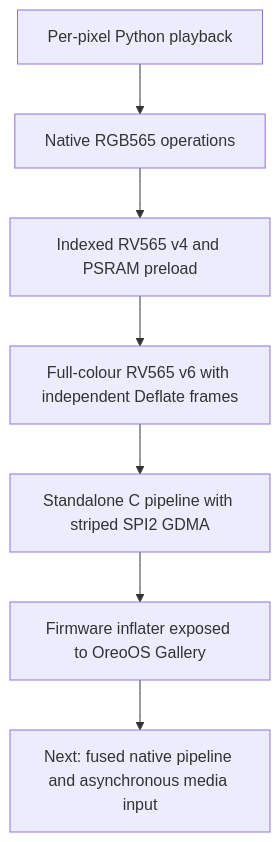
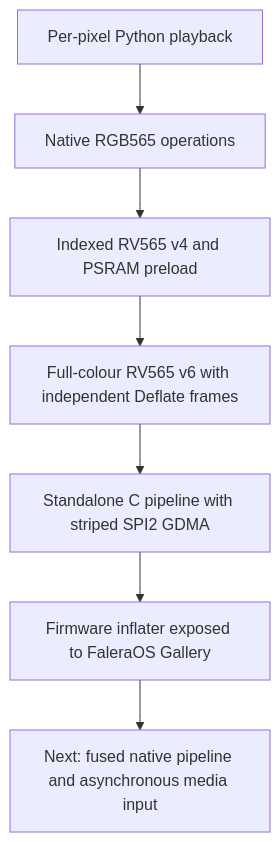
The second of 10 diagrams in docs/KNOWLEDGE_DECK.md (elixpo/rv565), drawn with Mermaid before and after one commit. The commit also changed other lines of this file and 16 other files, not shown here.

First line of the commit message:
Docs: OreoOS is now FaleraOS, the badge is the Falera Badge (#51)

````diff
--- a/docs/KNOWLEDGE_DECK.md
+++ b/docs/KNOWLEDGE_DECK.md
@@ -76,9 +76,9 @@
 ```mermaid
 flowchart TB
     A[Per-pixel Python playback] --> B[Native RGB565 operations]
     B --> C[Indexed RV565 v4 and PSRAM preload]
     C --> D[Full-colour RV565 v6 with independent Deflate frames]
     D --> E[Standalone C pipeline with striped SPI2 GDMA]
-    E --> F[Firmware inflater exposed to OreoOS Gallery]
+    E --> F[Firmware inflater exposed to FaleraOS Gallery]
     F --> G[Next: fused native pipeline and asynchronous media input]
 ```
````
